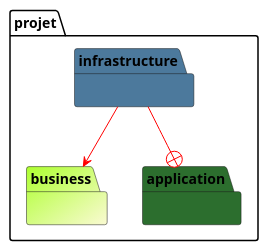
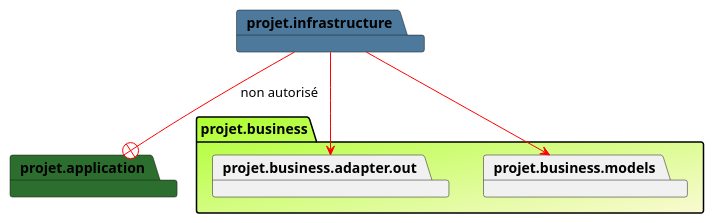
Before and after one commit to stef38-code/structureProjet: the second of 5 diagrams in readme.md, drawn with PlantUML. The commit also changed other lines of this file and 1 other file, not shown here.

````diff
--- a/readme.md
+++ b/readme.md
@@ -79,16 +66,18 @@
 ```plantuml
 @startuml
 
 package projet.business #GreenYellow/LightGoldenRodYellow {
-
+package projet.business.adapter.out
+package projet.business.models
 }
 package projet.application #2C6E2E {
 
 }
 package projet.infrastructure #4C799C {
 
 }
-projet.infrastructure -[#red]-+ projet.application  
-projet.infrastructure -[#red]-> projet.business  
+projet.infrastructure -[#red]-+ projet.application  : non autorisé
+projet.infrastructure -[#red]-> projet.business.adapter.out  
+projet.infrastructure -[#red]-> projet.business.models  
 @enduml
 ```
````
